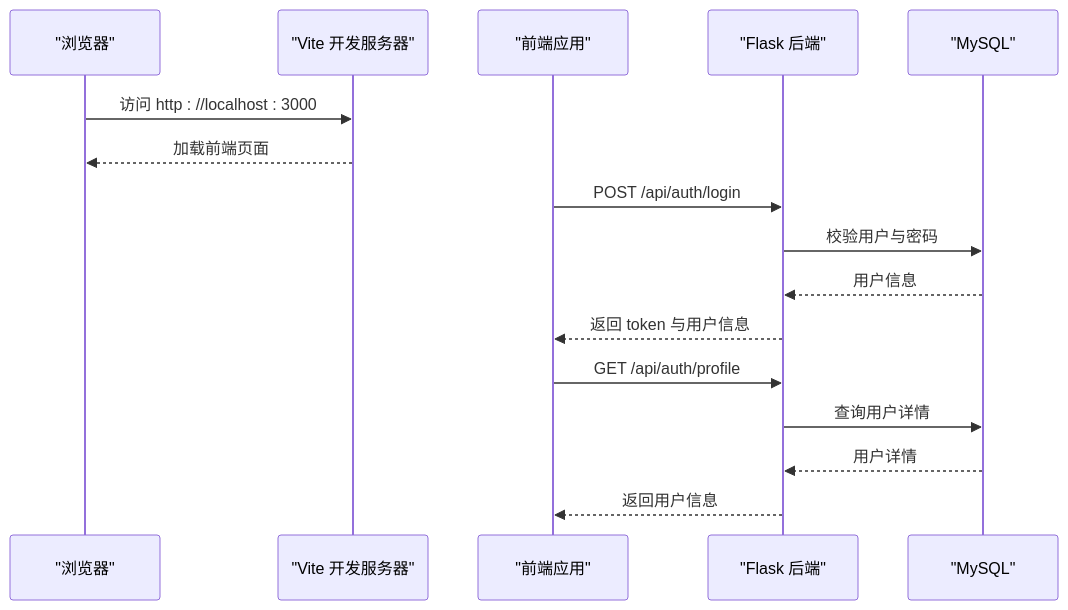
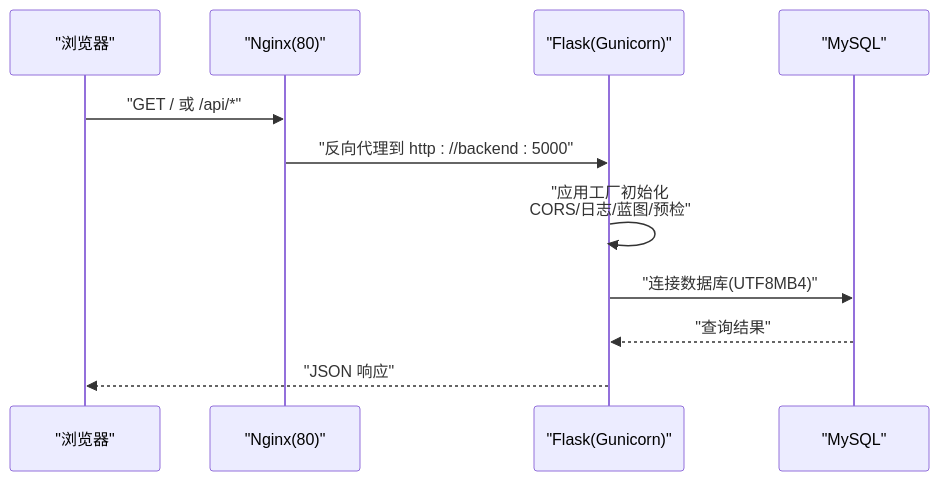
The second of 6 diagrams in .qoder/repowiki/zh/content/快速开始.md (ismine3/OPS), drawn with Mermaid before and after one commit. The commit also changed other lines of this file and 157 other files, not shown here.

````diff
--- a/.qoder/repowiki/zh/content/快速开始.md
+++ b/.qoder/repowiki/zh/content/快速开始.md
@@ -132,18 +85,13 @@
 ```mermaid
 sequenceDiagram
 participant Browser as "浏览器"
-participant Vite as "Vite 开发服务器"
-participant Front as "前端应用"
-participant API as "Flask 后端"
+participant Nginx as "Nginx(80)"
+participant Backend as "Flask(Gunicorn)"
 participant DB as "MySQL"
-Browser->>Vite : 访问 http : //localhost : 3000
-Vite-->>Browser : 加载前端页面
-Front->>API : POST /api/auth/login
-API->>DB : 校验用户与密码
-DB-->>API : 用户信息
-API-->>Front : 返回 token 与用户信息
-Front->>API : GET /api/auth/profile
-API->>DB : 查询用户详情
-DB-->>API : 用户详情
-API-->>Front : 返回用户信息
+Browser->>Nginx : "GET / 或 /api/*"
+Nginx->>Backend : "反向代理到 http : //backend : 5000"
+Backend->>Backend : "应用工厂初始化<br/>CORS/日志/蓝图/预检"
+Backend->>DB : "连接数据库(UTF8MB4)"
+DB-->>Backend : "查询结果"
+Backend-->>Browser : "JSON 响应"
 ```
````
